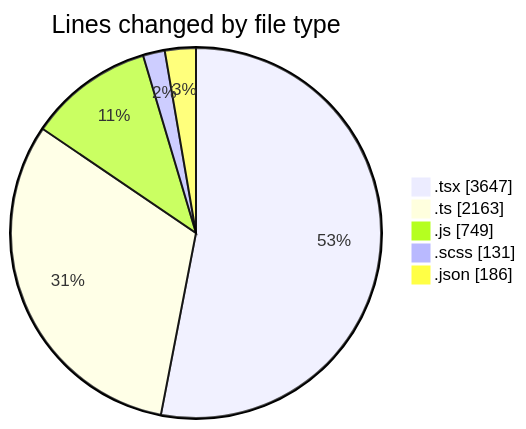
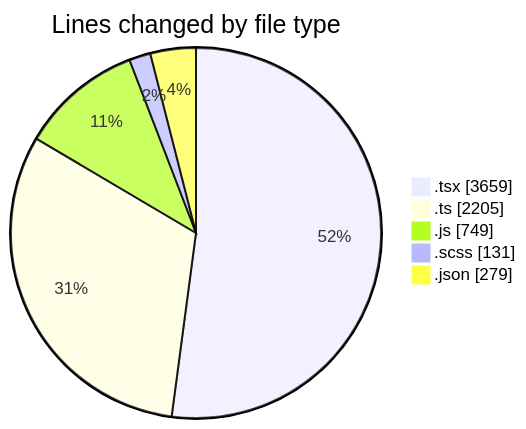
Before and after one commit to momahboobian/code-tracking: the first of 2 diagrams in 2026-06-11/cda/README.md, drawn with Mermaid. The commit also changed other lines of this file and 1 other file, not shown here.

````diff
--- a/2026-06-11/cda/README.md
+++ b/2026-06-11/cda/README.md
@@ -58,9 +59,9 @@
 ```mermaid
 pie showData
 title Lines changed by file type
-".tsx" : 3647
-".ts" : 2163
+".tsx" : 3659
+".ts" : 2205
 ".js" : 749
 ".scss" : 131
-".json" : 186
+".json" : 279
 ```
````
